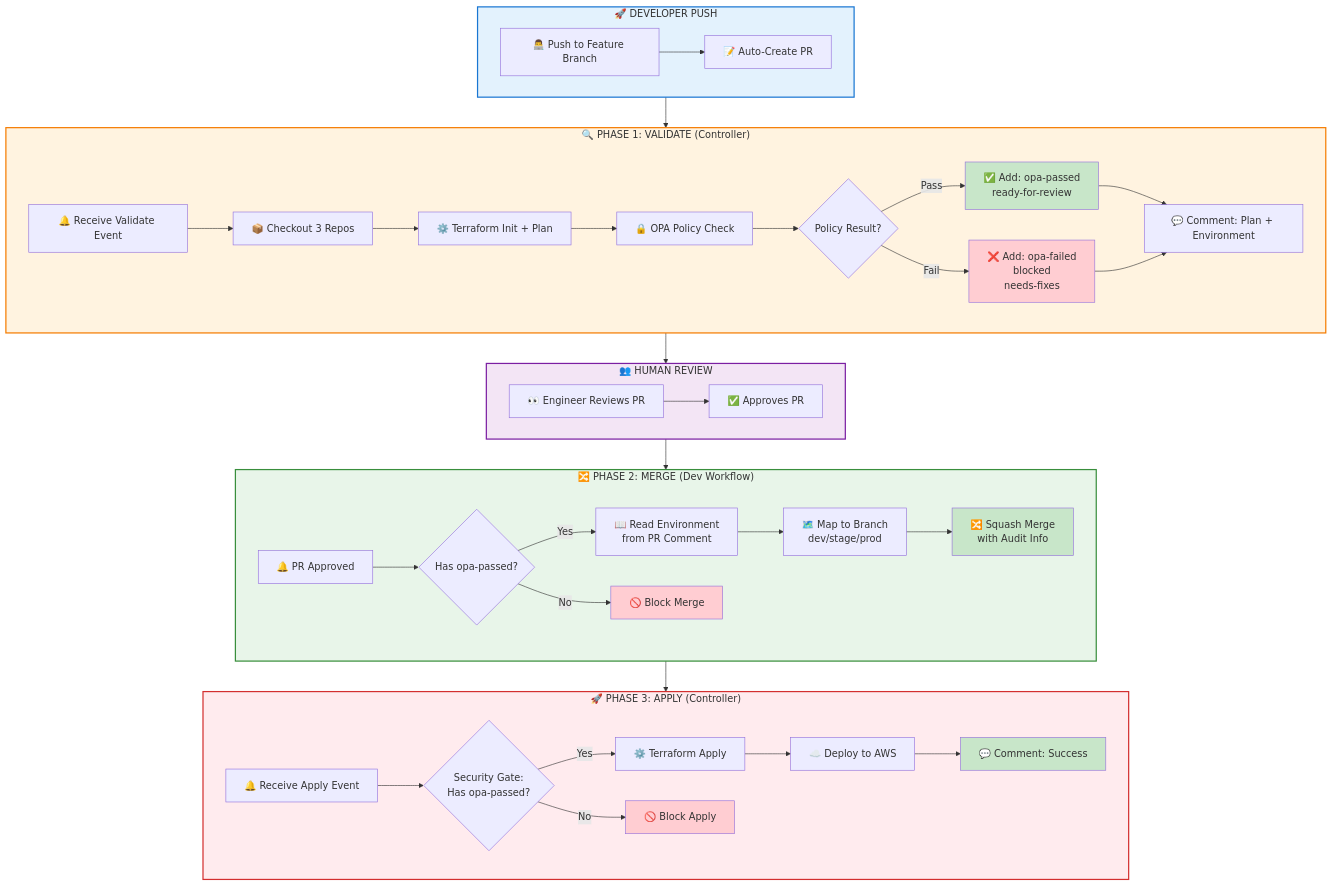
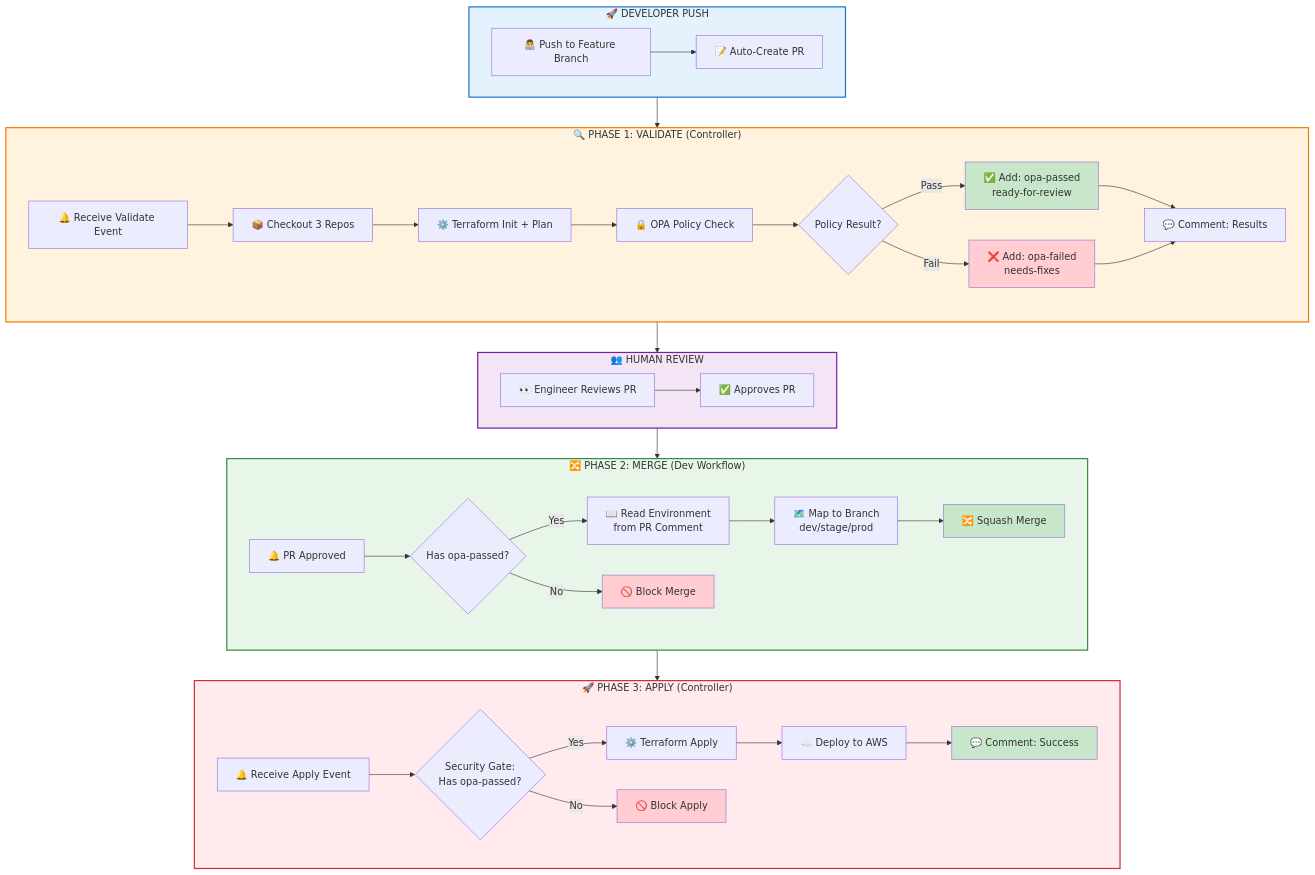
One commit to Terraform-centilazed-pipline/centerlized-pipline- changed the first of 7 diagrams in EXECUTIVE-WORKFLOW-OVERVIEW.md. Above: the diagram before and after it, drawn with Mermaid. The commit also changed other lines of this file, not shown here.

Commit message:
docs: consolidate and improve EXECUTIVE-WORKFLOW-OVERVIEW.md for Version 2.0

````diff
--- a/EXECUTIVE-WORKFLOW-OVERVIEW.md
+++ b/EXECUTIVE-WORKFLOW-OVERVIEW.md
@@ -62,81 +32,81 @@
 ```mermaid
 flowchart TB
-        subgraph PUSH["🚀 DEVELOPER PUSH"]
-                A1[👨‍💻 Push to Feature Branch]
-                A2[📝 Auto-Create PR]
-                A1 --> A2
-        end
+    subgraph PUSH["🚀 DEVELOPER PUSH"]
+        A1[👨‍💻 Push to Feature Branch]
+        A2[📝 Auto-Create PR]
+        A1 --> A2
+    end
     
-        subgraph VALIDATE["🔍 PHASE 1: VALIDATE (Controller)"]
-                V1[🔔 Receive Validate Event]
-                V2[📦 Checkout 3 Repos]
-                V3[⚙️ Terraform Init + Plan]
-                V4[🔒 OPA Policy Check]
-                V5{Policy Result?}
-                V6[✅ Add: opa-passed<br/>ready-for-review]
-                V7[❌ Add: opa-failed<br/>blocked<br/>needs-fixes]
-                V8[💬 Comment: Plan + Environment]
+    subgraph VALIDATE["🔍 PHASE 1: VALIDATE (Controller)"]
+        V1[🔔 Receive Validate Event]
+        V2[📦 Checkout 3 Repos]
+        V3[⚙️ Terraform Init + Plan]
+        V4[🔒 OPA Policy Check]
+        V5{Policy Result?}
+        V6[✅ Add: opa-passed<br/>ready-for-review]
+        V7[❌ Add: opa-failed<br/>needs-fixes]
+        V8[💬 Comment: Results]
         
-                V1 --> V2
-                V2 --> V3
-                V3 --> V4
-                V4 --> V5
-                V5 -->|Pass| V6
-                V5 -->|Fail| V7
-                V6 --> V8
-                V7 --> V8
-        end
+        V1 --> V2
+        V2 --> V3
+        V3 --> V4
+        V4 --> V5
+        V5 -->|Pass| V6
+        V5 -->|Fail| V7
+        V6 --> V8
+        V7 --> V8
+    end
     
-        subgraph REVIEW["👥 HUMAN REVIEW"]
-                R1[👀 Engineer Reviews PR]
-                R2[✅ Approves PR]
-                R1 --> R2
-        end
+    subgraph REVIEW["👥 HUMAN REVIEW"]
+        R1[👀 Engineer Reviews PR]
+        R2[✅ Approves PR]
+        R1 --> R2
+    end
     
-        subgraph MERGE["🔀 PHASE 2: MERGE (Dev Workflow)"]
-                M1[🔔 PR Approved]
-                M2{Has opa-passed?}
-                M3[📖 Read Environment<br/>from PR Comment]
-                M4[🗺️ Map to Branch<br/>dev/stage/prod]
-                M5[🔀 Squash Merge<br/>with Audit Info]
-                M6[🚫 Block Merge]
+    subgraph MERGE["🔀 PHASE 2: MERGE (Dev Workflow)"]
+        M1[🔔 PR Approved]
+        M2{Has opa-passed?}
+        M3[📖 Read Environment<br/>from PR Comment]
+        M4[🗺️ Map to Branch<br/>dev/stage/prod]
+        M5[🔀 Squash Merge]
+        M6[🚫 Block Merge]
         
-                M1 --> M2
-                M2 -->|Yes| M3
-                M2 -->|No| M6
-                M3 --> M4
-                M4 --> M5
-        end
+        M1 --> M2
+        M2 -->|Yes| M3
+        M2 -->|No| M6
+        M3 --> M4
+        M4 --> M5
+    end
     
-        subgraph APPLY["🚀 PHASE 3: APPLY (Controller)"]
-                AP1[🔔 Receive Apply Event]
-                AP2{Security Gate:<br/>Has opa-passed?}
-                AP3[⚙️ Terraform Apply]
-                AP4[☁️ Deploy to AWS]
-                AP5[💬 Comment: Success]
-                AP6[🚫 Block Apply]
+    subgraph APPLY["🚀 PHASE 3: APPLY (Controller)"]
+        AP1[🔔 Receive Apply Event]
+        AP2{Security Gate:<br/>Has opa-passed?}
+        AP3[⚙️ Terraform Apply]
+        AP4[☁️ Deploy to AWS]
+        AP5[💬 Comment: Success]
+        AP6[🚫 Block Apply]
         
-                AP1 --> AP2
-                AP2 -->|Yes| AP3
-                AP2 -->|No| AP6
-                AP3 --> AP4
-                AP4 --> AP5
-        end
+        AP1 --> AP2
+        AP2 -->|Yes| AP3
+        AP2 -->|No| AP6
+        AP3 --> AP4
+        AP4 --> AP5
+    end
     
-        PUSH --> VALIDATE
-        VALIDATE --> REVIEW
-        REVIEW --> MERGE
-        MERGE --> APPLY
+    PUSH --> VALIDATE
+    VALIDATE --> REVIEW
+    REVIEW --> MERGE
+    MERGE --> APPLY
     
-        style PUSH fill:#e3f2fd,stroke:#1976d2,stroke-width:2px
-        style VALIDATE fill:#fff3e0,stroke:#f57c00,stroke-width:2px
-        style REVIEW fill:#f3e5f5,stroke:#7b1fa2,stroke-width:2px
-        style MERGE fill:#e8f5e9,stroke:#388e3c,stroke-width:2px
-        style APPLY fill:#ffebee,stroke:#d32f2f,stroke-width:2px
-        style V6 fill:#c8e6c9
-        style V7 fill:#ffcdd2
-        style M5 fill:#c8e6c9
-        style M6 fill:#ffcdd2
-        style AP5 fill:#c8e6c9
-        style AP6 fill:#ffcdd2
+    style PUSH fill:#e3f2fd,stroke:#1976d2,stroke-width:2px
+    style VALIDATE fill:#fff3e0,stroke:#f57c00,stroke-width:2px
+    style REVIEW fill:#f3e5f5,stroke:#7b1fa2,stroke-width:2px
+    style MERGE fill:#e8f5e9,stroke:#388e3c,stroke-width:2px
+    style APPLY fill:#ffebee,stroke:#d32f2f,stroke-width:2px
+    style V6 fill:#c8e6c9
+    style V7 fill:#ffcdd2
+    style M5 fill:#c8e6c9
+    style M6 fill:#ffcdd2
+    style AP5 fill:#c8e6c9
+    style AP6 fill:#ffcdd2
 ```
````
